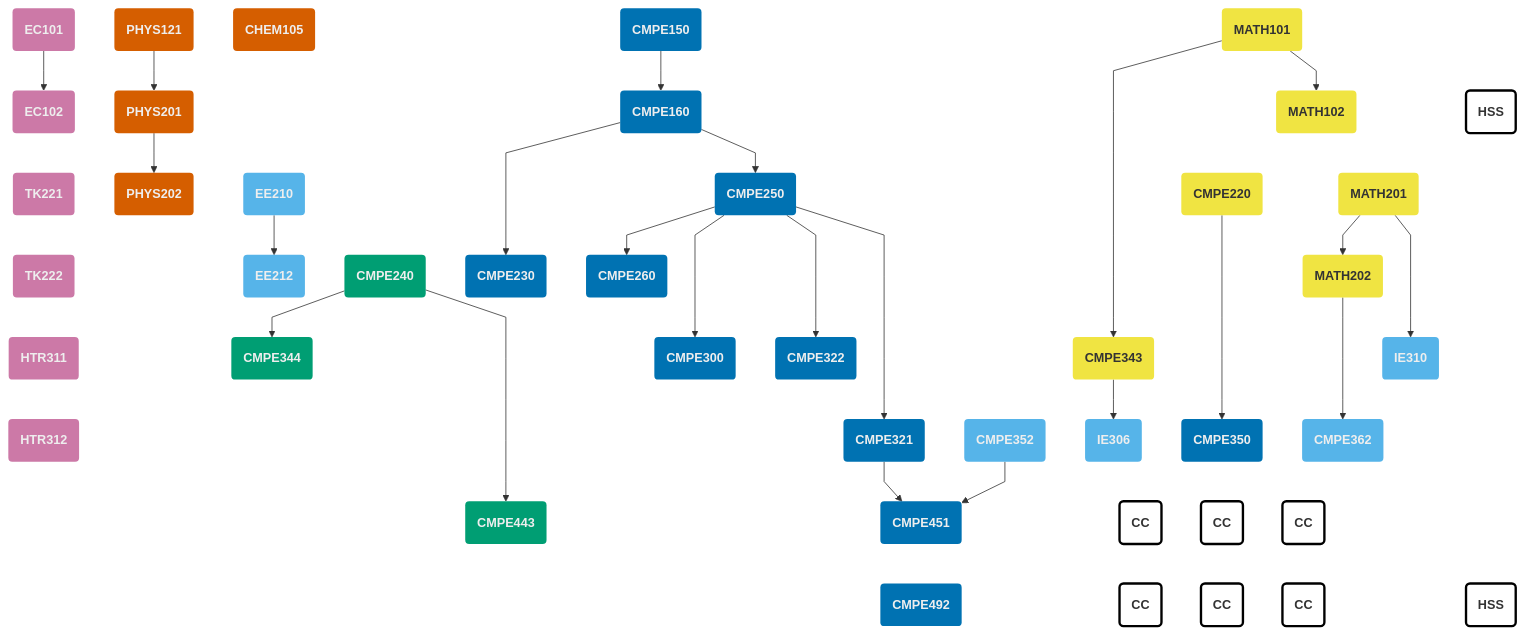
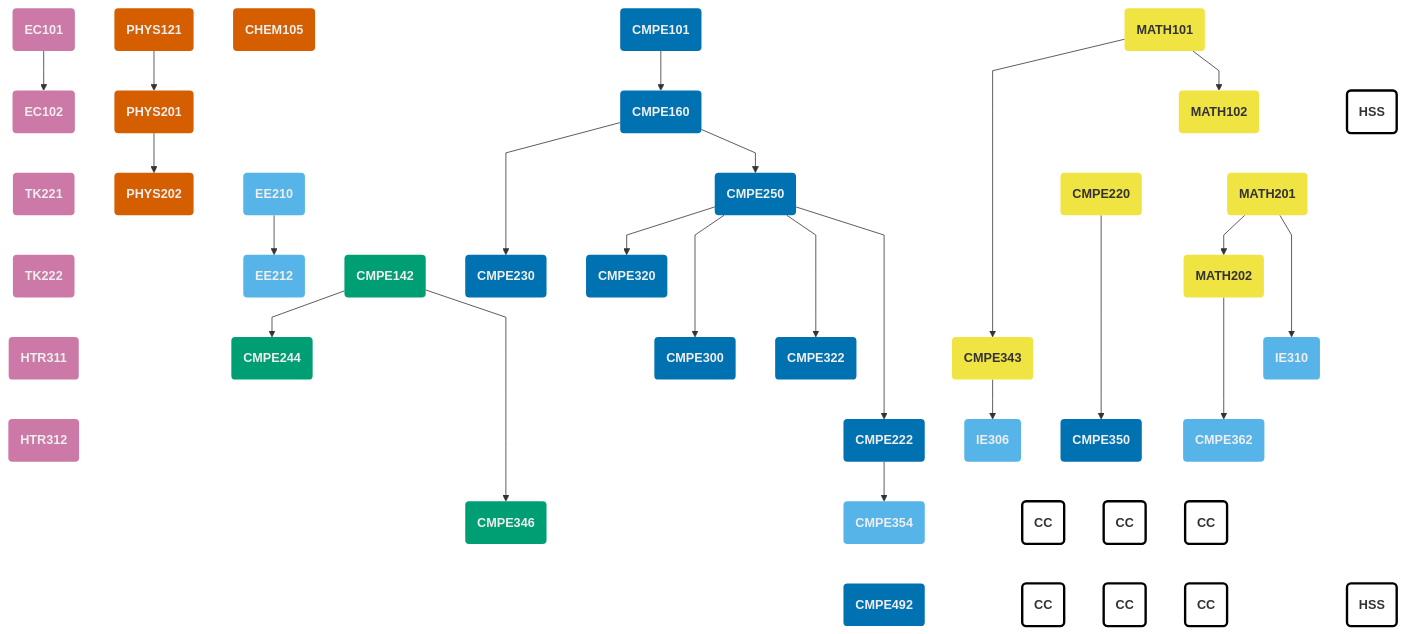
The diagram in content/undergraduate/curriculum-new.tr.md (bouncmpe/bouncmpe.github.io), drawn with Mermaid before and after one commit. The commit also changed other lines of this file and 1 other file, not shown here.

````diff
--- a/content/undergraduate/curriculum-new.tr.md
+++ b/content/undergraduate/curriculum-new.tr.md
@@ -99,9 +111,11 @@
 classDef external fill:none,stroke:#000,stroke-width:3px,font-weight:bolder
 classDef hidden display: none
 
+
 EC101 --> EC102 ~~~ TK221 ~~~ TK222 ~~~ HTR311 ~~~ HTR312
 PHYS121 --> PHYS201 --> PHYS202
 CHEM105 ~~~~ EE210 --> EE212
+
 
 MATH102 ~~~ CMPE220
 MATH101 -----> CMPE343
@@ -109,25 +123,24 @@
 MATH102 ~~~ MATH201
 MATH201 --> MATH202
 
-HARDWARE ~~~~~ CMPE240
-CMPE240 --> CMPE344
-CMPE240 ----> CMPE443
+HARDWARE ~~~~~ CMPE142
+CMPE142 --> CMPE244
+CMPE142 ----> CMPE346
 
 CMPE220 ----> CMPE350
 CMPE350 ~~~ CC1 ~~~ CC4
 CMPE350 ~~~ CC2 ~~~ CC5
 CMPE350 ~~~ CC3 ~~~ CC6
 
-CMPE150 --> CMPE160
+CMPE101 --> CMPE160
 CMPE160 ---> CMPE230
 CMPE160 --> CMPE250
-CMPE250 --> CMPE260
+CMPE250 --> CMPE320
 CMPE250 ---> CMPE300
 CMPE250 ---> CMPE322
-CMPE250 ----> CMPE321
-CMPE352 --> CMPE451
-CMPE321 --> CMPE451
-CMPE451 ~~~ CMPE492
+CMPE250 ----> CMPE222
+CMPE222 --> CMPE354
+CMPE354 ~~~ CMPE492
 
 CMPE343 --> IE306
 
@@ -169,31 +182,32 @@
 EE210("EE210"):::engineering
 EE212("EE212"):::engineering
 
-CMPE150("CMPE150"):::core
+CMPE101("CMPE101"):::core
 CMPE160("CMPE160"):::core
 
 CMPE220("CMPE220"):::math
+CMPE222("CMPE222"):::core
 CMPE230("CMPE230"):::core
 CMPE250("CMPE250"):::core
-CMPE260("CMPE260"):::core
 
 CMPE300("CMPE300"):::core
-CMPE321("CMPE321"):::core
+CMPE320("CMPE320"):::core
 CMPE322("CMPE322"):::core
 CMPE343("CMPE343"):::math
 
 HARDWARE:::hidden
-CMPE240("CMPE240"):::hardware
-CMPE344("CMPE344"):::hardware
-CMPE443("CMPE443"):::hardware
+CMPE142("CMPE142"):::hardware
+CMPE244("CMPE244"):::hardware
+CMPE346("CMPE346"):::hardware
 
 
 CMPE350("CMPE350"):::core
-CMPE352("CMPE352"):::engineering
+CMPE354("CMPE354"):::engineering
 CMPE362("CMPE362"):::engineering
 
-CMPE451("CMPE451"):::core
 CMPE492("CMPE492"):::core
+
+
 
 CC1("CC"):::elective
 CC2("CC"):::elective
@@ -202,32 +216,31 @@
 CC5("CC"):::elective
 CC6("CC"):::elective
 
-click CMPE150 href "/tr/courses/cmpe150" "Zorunlu Ders"
-click CMPE160 href "/tr/courses/cmpe160" "Zorunlu Ders"
-click CMPE220 href "/tr/courses/cmpe220" "Zorunlu Ders"
-click CMPE230 href "/tr/courses/cmpe230" "Zorunlu Ders"
-click CMPE240 href "/tr/courses/cmpe240" "Zorunlu Ders"
-click CMPE250 href "/tr/courses/cmpe250" "Zorunlu Ders"
-click CMPE260 href "/tr/courses/cmpe260" "Zorunlu Ders"
-click CMPE300 href "/tr/courses/cmpe300" "Zorunlu Ders"
-click CMPE321 href "/tr/courses/cmpe321" "Zorunlu Ders"
-click CMPE322 href "/tr/courses/cmpe322" "Zorunlu Ders"
-click CMPE343 href "/tr/courses/cmpe343" "Zorunlu Ders"
-click CMPE344 href "/tr/courses/cmpe344" "Zorunlu Ders"
-click CMPE350 href "/tr/courses/cmpe350" "Zorunlu Ders"
-click CMPE352 href "/tr/courses/cmpe352" "Zorunlu Ders"
-click CMPE362 href "/tr/courses/cmpe362" "Zorunlu Ders"
-click CMPE443 href "/tr/courses/cmpe443" "Zorunlu Ders"
-click CMPE451 href "/tr/courses/cmpe451" "Zorunlu Ders"
-click CMPE492 href "/tr/courses/cmpe492" "Zorunlu Ders"
+click CMPE101 href "/courses/cmpe101" "Course"
+click CMPE142 href "/courses/cmpe142" "Course"
+click CMPE160 href "/courses/cmpe160" "Course"
+click CMPE220 href "/courses/cmpe220" "Course"
+click CMPE222 href "/courses/cmpe222" "Course"
+click CMPE230 href "/courses/cmpe230" "Course"
+click CMPE244 href "/courses/cmpe244" "Course"
+click CMPE250 href "/courses/cmpe250" "Course"
+click CMPE300 href "/courses/cmpe300" "Course"
+click CMPE320 href "/courses/cmpe320" "Course"
+click CMPE322 href "/courses/cmpe322" "Course"
+click CMPE343 href "/courses/cmpe343" "Course"
+click CMPE346 href "/courses/cmpe346" "Course"
+click CMPE350 href "/courses/cmpe350" "Course"
+click CMPE354 href "/courses/cmpe354" "Course"
+click CMPE362 href "/courses/cmpe362" "Course"
+click CMPE492 href "/courses/cmpe492" "Course"
 
-click CC1 href "/tr/undergraduate/electives" "Lisans Seçmelileri"
-click CC2 href "/tr/undergraduate/electives" "Lisans Seçmelileri"
-click CC3 href "/tr/undergraduate/electives" "Lisans Seçmelileri"
-click CC4 href "/tr/undergraduate/electives" "Lisans Seçmelileri"
-click CC5 href "/tr/undergraduate/electives" "Lisans Seçmelileri"
-click CC6 href "/tr/undergraduate/electives" "Lisans Seçmelileri"
+click CC1 href "/undergraduate/electives" "Undergraduate Electives"
+click CC2 href "/undergraduate/electives" "Undergraduate Electives"
+click CC3 href "/undergraduate/electives" "Undergraduate Electives"
+click CC4 href "/undergraduate/electives" "Undergraduate Electives"
+click CC5 href "/undergraduate/electives" "Undergraduate Electives"
+click CC6 href "/undergraduate/electives" "Undergraduate Electives"
 
-click HSS1 href "/tr/undergraduate/electives" "Lisans Seçmelileri"
-click HSS2 href "/tr/undergraduate/electives" "Lisans Seçmelileri"
+click HSS1 href "/undergraduate/electives" "Undergraduate Electives"
+click HSS2 href "/undergraduate/electives" "Undergraduate Electives"
 ```
````
